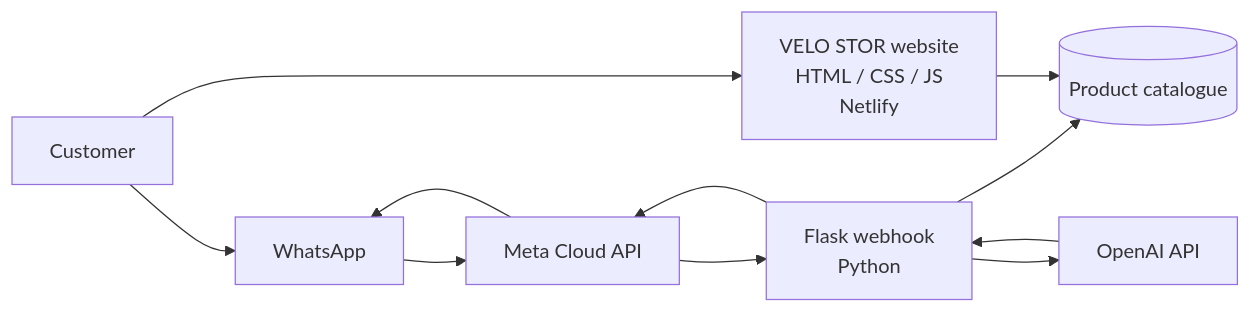
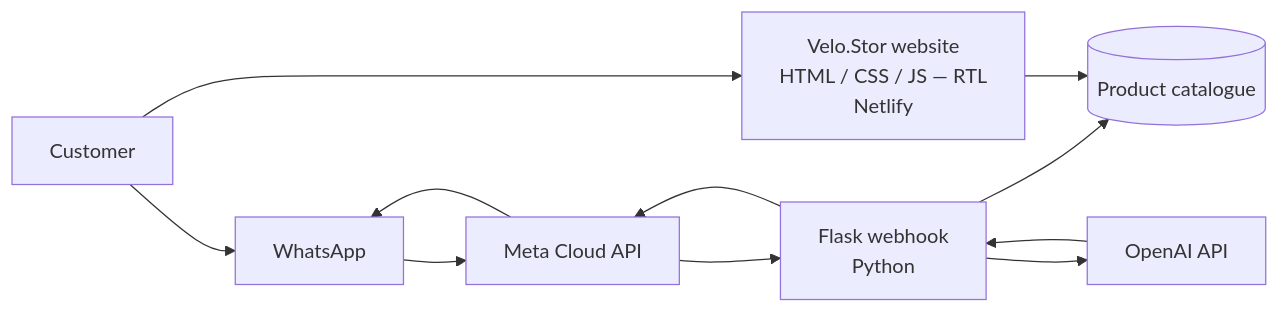
The diagram in README.md (El-Tousy/VELO-STOR-Online-Store), drawn with Mermaid before and after one commit. The commit also changed other lines of this file, not shown here.

````diff
--- a/README.md
+++ b/README.md
@@ -106,13 +110,13 @@
 ```mermaid
 flowchart LR
-    A[Customer] --> B[VELO STOR website<br/>HTML / CSS / JS<br/>Netlify]
+    A[Customer] --> B["Velo.Stor website<br/>HTML / CSS / JS — RTL<br/>Netlify"]
     A --> C[WhatsApp]
     C --> D[Meta Cloud API]
-    D --> E[Flask webhook<br/>Python]
+    D --> E["Flask webhook<br/>Python"]
     E --> F[OpenAI API]
     E --> G[(Product catalogue)]
     B --> G
     F --> E
     E --> D
     D --> C
 ```
````
